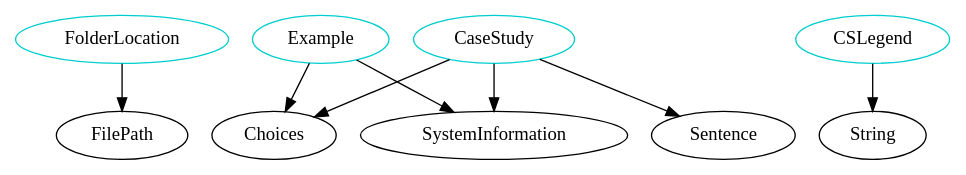
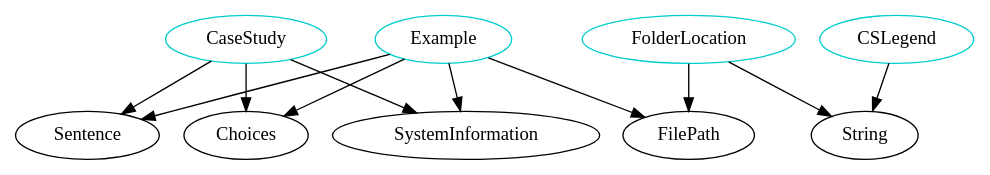
One commit to JacquesCarette/Drasil changed the diagram in analysis/TypeDependencyGraphs/website.dot. Above: the diagram before and after it, drawn with Graphviz. The commit also changed 211 other files, not shown here.

```diff
--- a/analysis/TypeDependencyGraphs/website.dot
+++ b/analysis/TypeDependencyGraphs/website.dot
@@ -1,37 +1,40 @@
 digraph alltypes {
 	subgraph analyiss {
 	}
 	subgraph body {
 		subgraph folderlocation{
 		FolderLocation -> FilePath;
+		FolderLocation -> String;
 		FolderLocation	[shape=oval, color=cyan3, label="FolderLocation"];
 		}
 	}
 	subgraph caestudys {
-		subgraph example{
-		Example -> SystemInformation;
-		Example -> Choices;
-		Example	[shape=oval, color=cyan3, label="Example"];
-		}
 		subgraph casestudy{
 		CaseStudy -> SystemInformation;
 		CaseStudy -> Sentence;
 		CaseStudy -> Choices;
 		CaseStudy	[shape=oval, color=cyan3, label="CaseStudy"];
 		}
 		subgraph cslegend{
 		CSLegend -> String;
 		CSLegend	[shape=oval, color=cyan3, label="CSLegend"];
 		}
 	}
 	subgraph documentation {
 	}
 	subgraph example {
+		subgraph example{
+		Example -> SystemInformation;
+		Example -> Sentence;
+		Example -> Choices;
+		Example -> FilePath;
+		Example	[shape=oval, color=cyan3, label="Example"];
+		}
 	}
 	subgraph graphs {
 	}
 	subgraph introduction {
 	}
 	subgraph main {
 	}
 }
```
